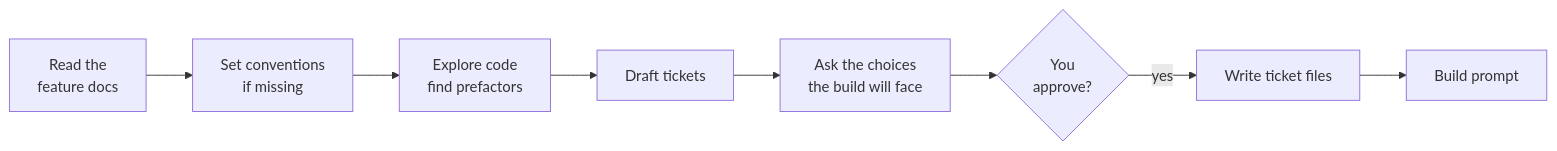
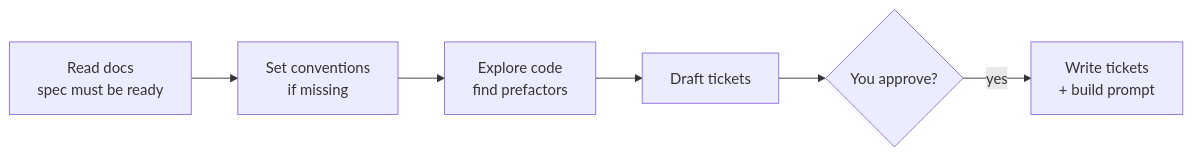
One commit to mousemouse094526/kiki-kit changed the fourth of 8 diagrams in docs/flow.md. Above: the diagram before and after it, drawn with Mermaid. The commit also changed other lines of this file and 4 other files, not shown here.

First line of the commit message:
docs(flow): rewrite for the single upstream gate; trim build references

````diff
--- a/docs/flow.md
+++ b/docs/flow.md
@@ -142,14 +109,12 @@
 ```mermaid
 flowchart LR
-    C["Read the<br/>feature docs"]
+    C["Read docs<br/>spec must be ready"]
     CV["Set conventions<br/>if missing"]
     EX["Explore code<br/>find prefactors"]
     DR["Draft tickets"]
-    CH["Ask the choices<br/>the build will face"]
-    Q{"You<br/>approve?"}
-    WR["Write ticket files"]
-    BP["Build prompt"]
+    Q{"You approve?"}
+    WR["Write tickets<br/>+ build prompt"]
 
-    C --> CV --> EX --> DR --> CH --> Q
-    Q -->|yes| WR --> BP
+    C --> CV --> EX --> DR --> Q
+    Q -->|yes| WR
 ```
````
